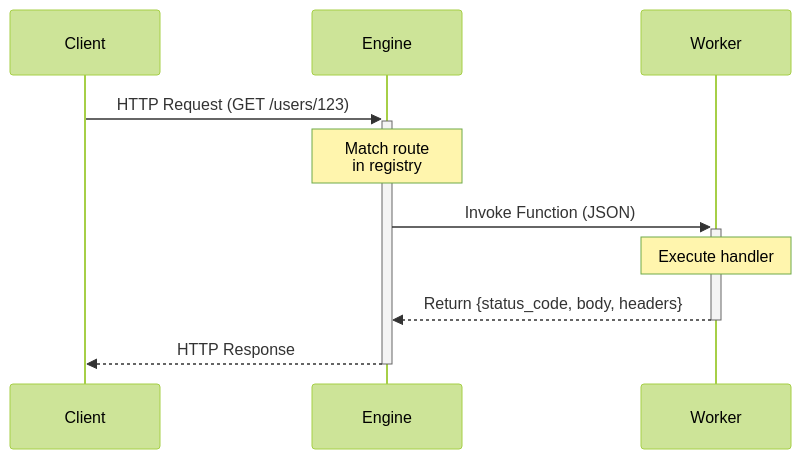
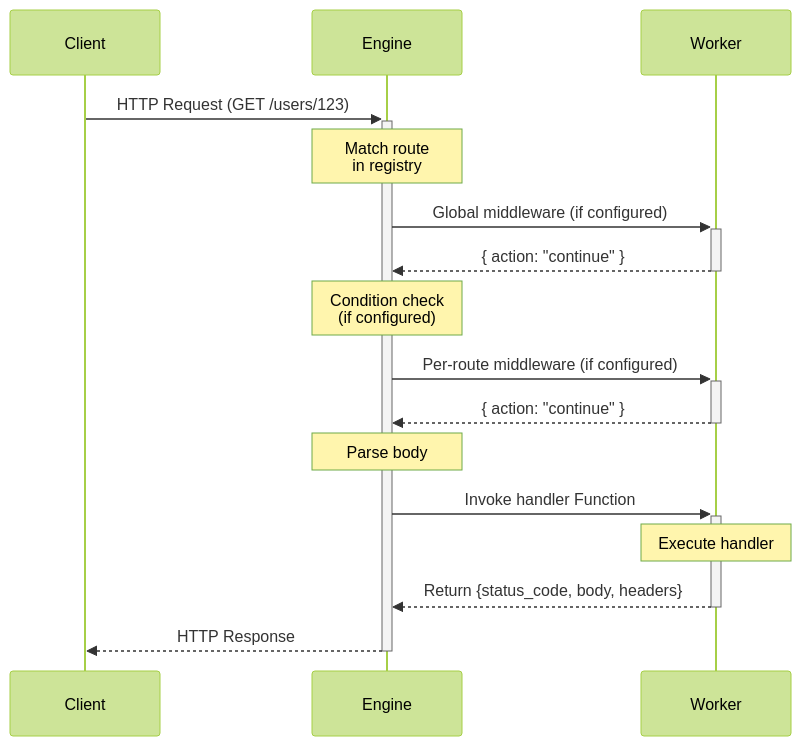
The diagram in docs/modules/module-http.mdx (iii-hq/iii), drawn with Mermaid (forest theme) before and after one commit. The commit also changed other lines of this file and 4 other files, not shown here.

````diff
--- a/docs/modules/module-http.mdx
+++ b/docs/modules/module-http.mdx
@@ -246,14 +255,20 @@
 ```mermaid
 sequenceDiagram
     participant Client
     participant Engine
     participant Worker
 
     Client->>+Engine: HTTP Request (GET /users/123)
     Note over Engine: Match route<br/>in registry
-    Engine->>+Worker: Invoke Function (JSON)
+    Engine->>+Worker: Global middleware (if configured)
+    Worker-->>-Engine: { action: "continue" }
+    Note over Engine: Condition check<br/>(if configured)
+    Engine->>+Worker: Per-route middleware (if configured)
+    Worker-->>-Engine: { action: "continue" }
+    Note over Engine: Parse body
+    Engine->>+Worker: Invoke handler Function
     Note over Worker: Execute handler
 
     Worker-->>-Engine: Return {status_code, body, headers}
     Engine-->>-Client: HTTP Response
 ```
````
